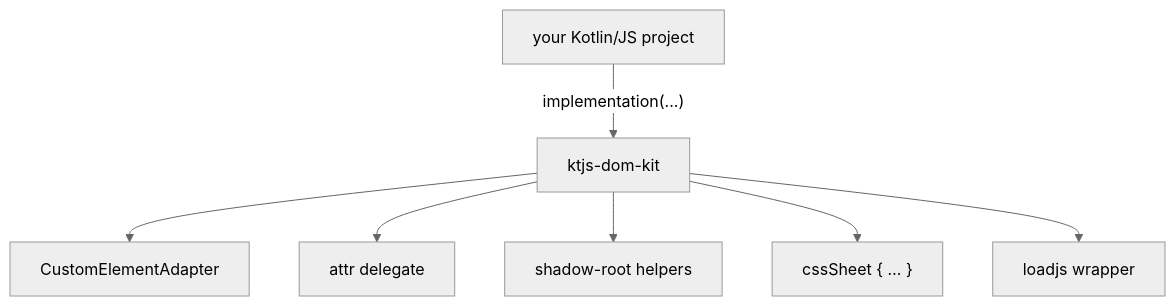
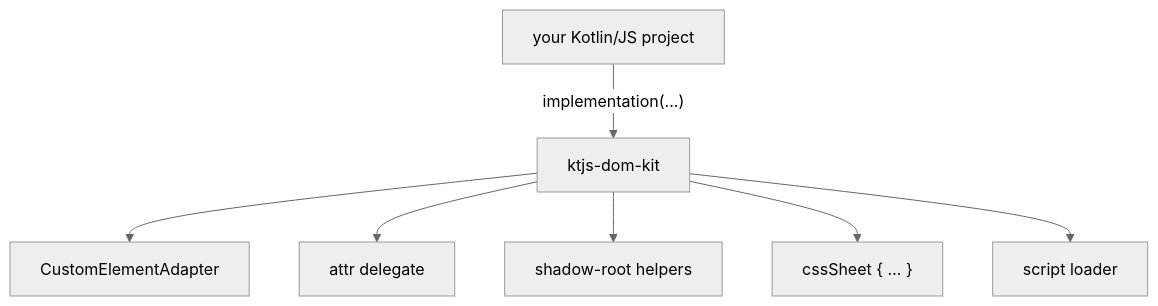
One commit to shijianjs/ktjs-dom-kit changed the diagram in docs/src/jsMain/resources/docs/intro.md. Above: the diagram before and after it, drawn with Mermaid (neutral theme). The commit also changed other lines of this file and 24 other files, not shown here.

````diff
--- a/docs/src/jsMain/resources/docs/intro.md
+++ b/docs/src/jsMain/resources/docs/intro.md
@@ -48,9 +48,9 @@
 ```mermaid
 flowchart TB
   U["your Kotlin/JS project"] -->|"implementation(...)"| L["ktjs-dom-kit"]
   L --> A["CustomElementAdapter"]
   L --> T["attr delegate"]
   L --> S["shadow-root helpers"]
   L --> C["cssSheet { … }"]
-  L --> J["loadjs wrapper"]
+  L --> J["script loader"]
 ```
````
